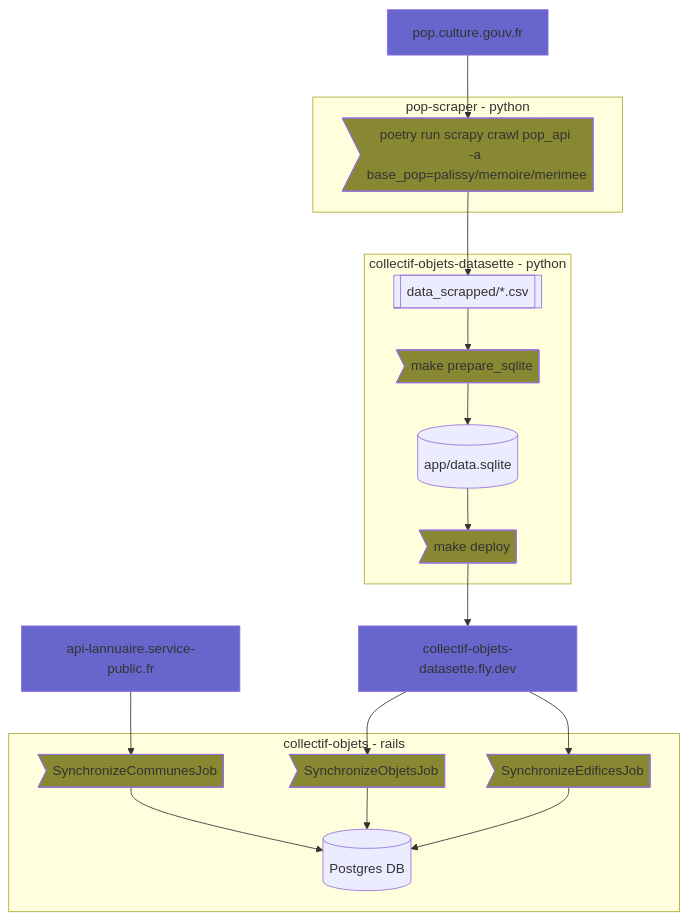
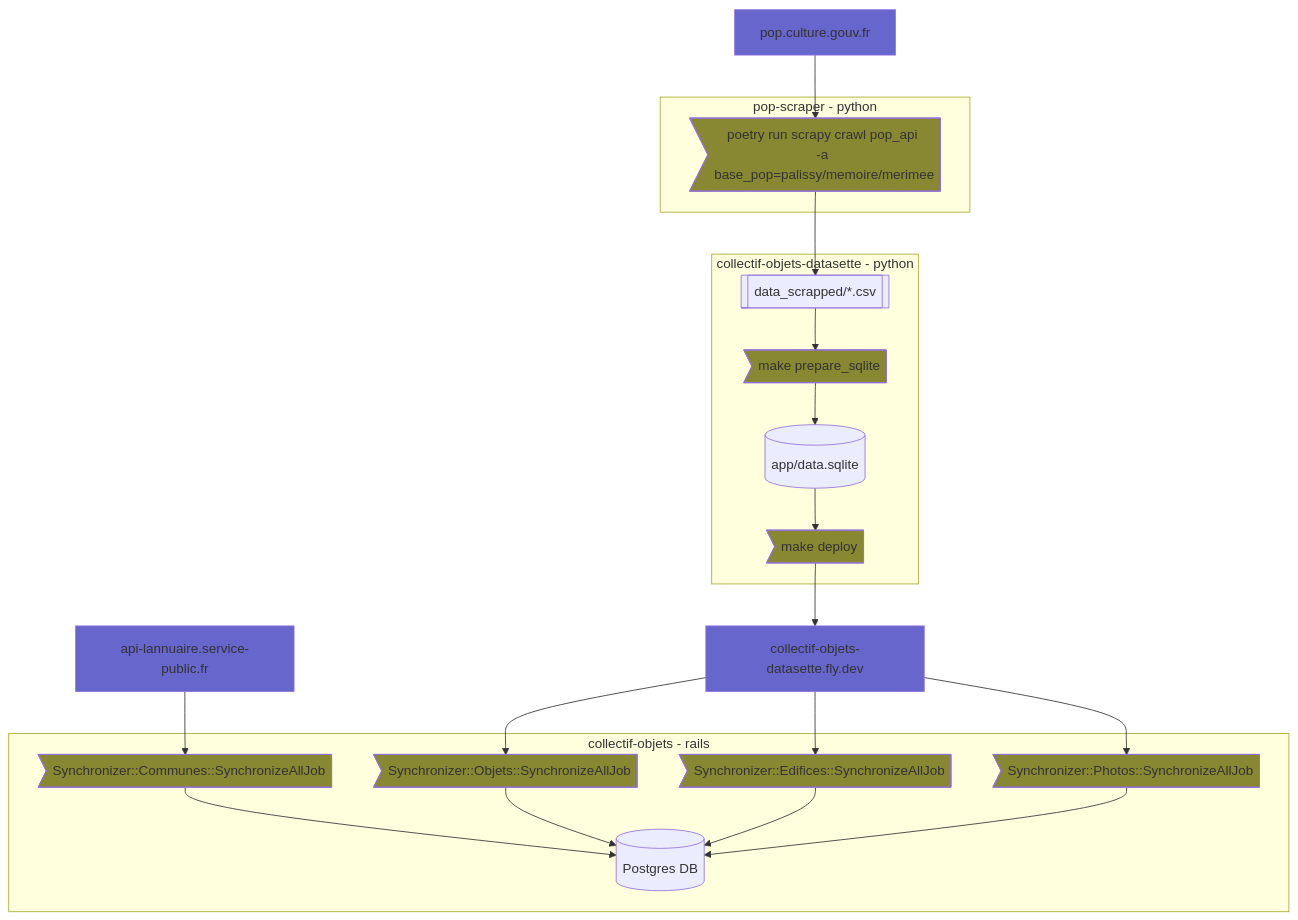
The third of 4 diagrams in README.md (betagouv/collectif-objets), drawn with Mermaid before and after one commit. The commit also changed other lines of this file and 29 other files, not shown here.

````diff
--- a/README.md
+++ b/README.md
@@ -454,54 +454,58 @@
 ```mermaid
 flowchart TB
 
 api_service_public[api-lannuaire.service-public.fr]
 pop[pop.culture.gouv.fr]
 fly[collectif-objets-datasette.fly.dev]
 
 
 subgraph scraper[pop-scraper - python]
   scraper_run>poetry run scrapy crawl pop_api \n-a base_pop=palissy/memoire/merimee]
 end
 
 subgraph datasette[collectif-objets-datasette - python]
   datasette_run_sqlite>make prepare_sqlite]
   datasette_run_deploy>make deploy]
   csvs[[data_scrapped/*.csv]]
   sqlite[(app/data.sqlite)]
 end
 
 subgraph rails[collectif-objets - rails]
-  rails_run_edifices>SynchronizeEdificesJob]
-  rails_run_objets>SynchronizeObjetsJob]
-  rails_run_communes>SynchronizeCommunesJob]
+  rails_run_edifices>Synchronizer::Edifices::SynchronizeAllJob]
+  rails_run_objets>Synchronizer::Objets::SynchronizeAllJob]
+  rails_run_communes>Synchronizer::Communes::SynchronizeAllJob]
+  rails_run_photos>Synchronizer::Photos::SynchronizeAllJob]
   postgres[(Postgres DB)]
 end
 
 pop --> scraper_run
 scraper_run --> csvs
 
 csvs --> datasette_run_sqlite
 datasette_run_sqlite --> sqlite
 sqlite --> datasette_run_deploy
 datasette_run_deploy --> fly
 fly --> rails_run_objets
 rails_run_objets --> postgres
 
 api_service_public --> rails_run_communes
 rails_run_communes --> postgres
 
 fly --> rails_run_edifices
 rails_run_edifices --> postgres
 
+fly --> rails_run_photos
+rails_run_photos --> postgres
 
 style pop fill:#6666cc
 style fly fill:#6666cc
 style api_service_public fill:#6666cc
 
 style datasette_run_sqlite fill:#888833
 style datasette_run_deploy fill:#888833
 style rails_run_objets fill:#888833
 style rails_run_communes fill:#888833
 style rails_run_edifices fill:#888833
+style rails_run_photos fill:#888833
 style scraper_run fill:#888833
 ```
````
